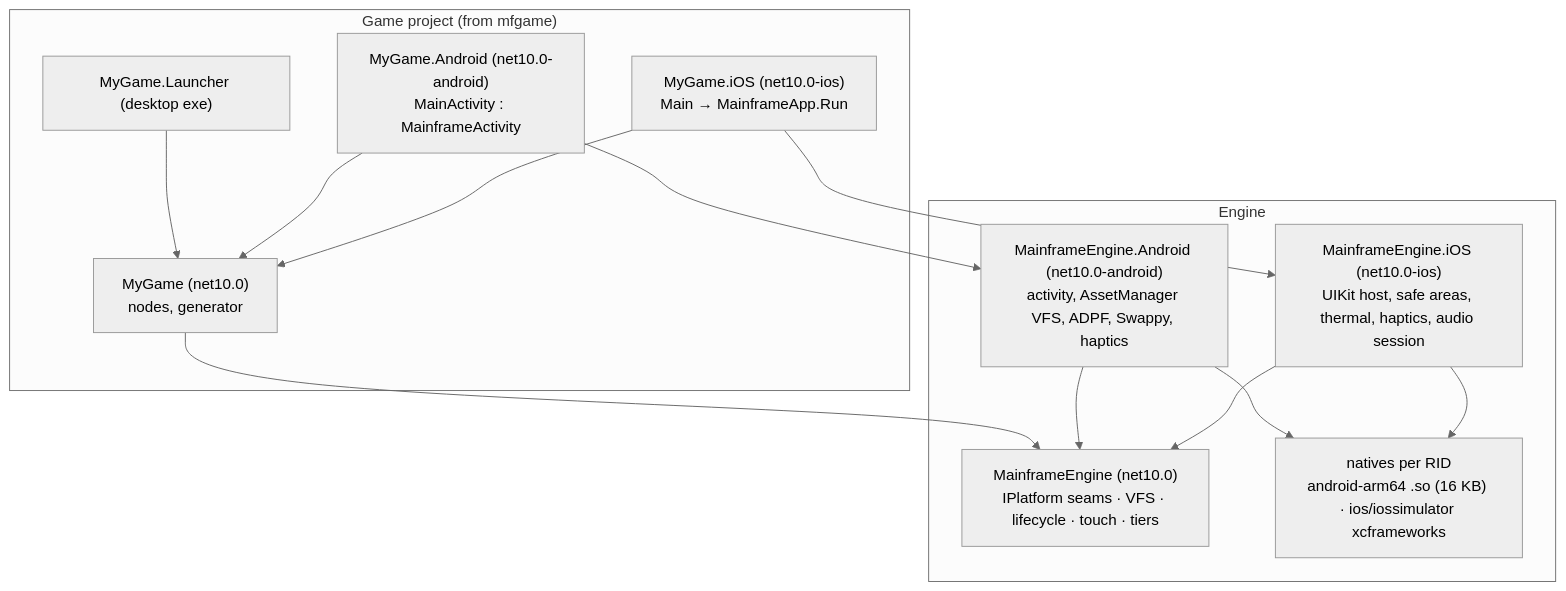
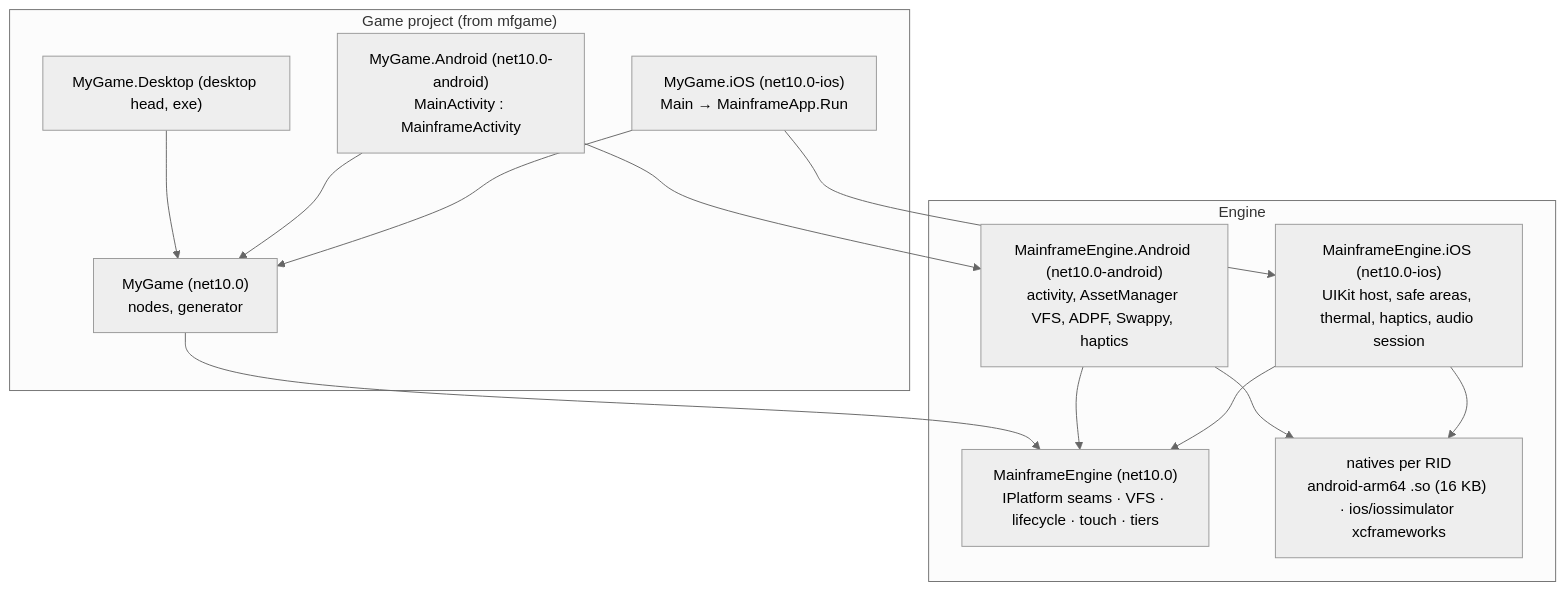
The first of 6 diagrams in docs/design/future/mobile.md (Mainframe-Games/mainframe-engine), drawn with Mermaid (neutral theme) before and after one commit. The commit also changed other lines of this file and 42 other files, not shown here.

First line of the commit message:
Templates & Demo: rename the Launcher project to Desktop (MyGame.Desktop, Demo.Desktop) (#17)

````diff
--- a/docs/design/future/mobile.md
+++ b/docs/design/future/mobile.md
@@ -100,22 +100,22 @@
 ```mermaid
 flowchart TB
     subgraph Game["Game project (from mfgame)"]
         GL["MyGame (net10.0)<br/>nodes, generator"]
-        GD["MyGame.Launcher (desktop exe)"]
+        GD["MyGame.Desktop (desktop head, exe)"]
         GA["MyGame.Android (net10.0-android)<br/>MainActivity : MainframeActivity"]
         GI["MyGame.iOS (net10.0-ios)<br/>Main → MainframeApp.Run"]
     end
     subgraph Engine["Engine"]
         Core["MainframeEngine (net10.0)<br/>IPlatform seams · VFS · lifecycle · touch · tiers"]
         PA["MainframeEngine.Android (net10.0-android)<br/>activity, AssetManager VFS, ADPF, Swappy, haptics"]
         PI["MainframeEngine.iOS (net10.0-ios)<br/>UIKit host, safe areas, thermal, haptics, audio session"]
         N["natives per RID<br/>android-arm64 .so (16 KB) · ios/iossimulator xcframeworks"]
     end
     GD --> GL --> Core
     GA --> GL
     GA --> PA --> Core
     GI --> GL
     GI --> PI --> Core
     PA --> N
     PI --> N
 ```
````
